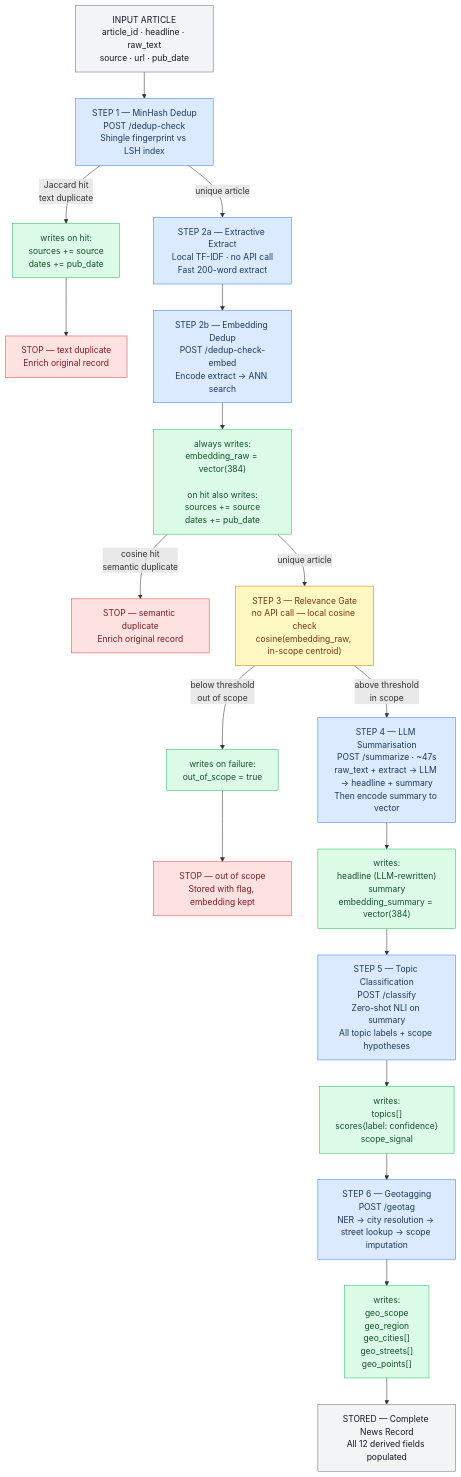
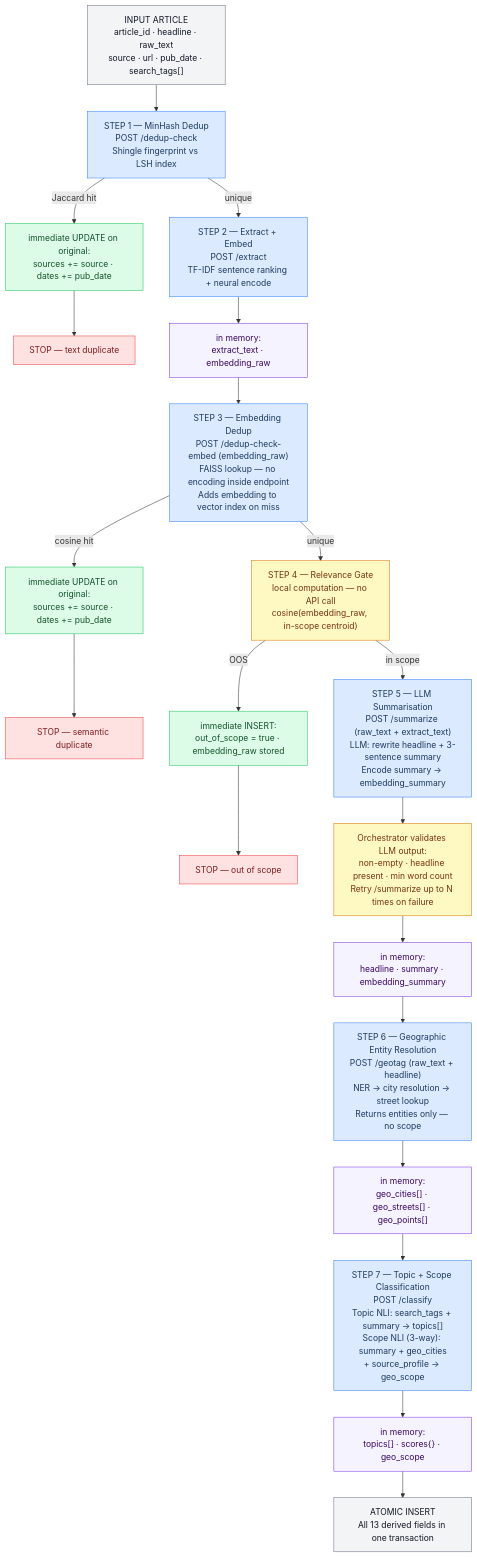
The second of 2 diagrams in SEMINAR_REPORT.md (alvarodelser/nlp_service), drawn with Mermaid before and after one commit. The commit also changed other lines of this file, not shown here.

First line of the commit message:
Refine report: joint scope fusion, geotag-before-classify, centralised encoding

````diff
--- a/SEMINAR_REPORT.md
+++ b/SEMINAR_REPORT.md
@@ -153,43 +169,46 @@
 ```mermaid
 flowchart TD
   classDef step fill:#dbeafe,stroke:#3b82f6,color:#1e3a5f
   classDef writes fill:#dcfce7,stroke:#22c55e,color:#14532d
   classDef stop fill:#fee2e2,stroke:#ef4444,color:#7f1d1d
   classDef gate fill:#fef9c3,stroke:#d97706,color:#78350f
   classDef io fill:#f3f4f6,stroke:#6b7280,color:#111827
+  classDef mem fill:#f5f3ff,stroke:#7c3aed,color:#3b0764
 
-  INPUT["INPUT ARTICLE\narticle_id · headline · raw_text\nsource · url · pub_date"]:::io
+  INPUT["INPUT ARTICLE\narticle_id · headline · raw_text\nsource · url · pub_date · search_tags[]"]:::io
 
   S1["STEP 1 — MinHash Dedup\nPOST /dedup-check\nShingle fingerprint vs LSH index"]:::step
-  W1["writes on hit:\nsources += source\ndates += pub_date"]:::writes
-  STOP1["STOP — text duplicate\nEnrich original record"]:::stop
+  W1["immediate UPDATE on original:\nsources += source · dates += pub_date"]:::writes
+  STOP1["STOP — text duplicate"]:::stop
 
-  S2A["STEP 2a — Extractive Extract\nLocal TF-IDF · no API call\nFast 200-word extract"]:::step
+  S2["STEP 2 — Extract + Embed\nPOST /extract\nTF-IDF sentence ranking + neural encode"]:::step
+  MEM2["in memory:\nextract_text · embedding_raw"]:::mem
 
-  S2B["STEP 2b — Embedding Dedup\nPOST /dedup-check-embed\nEncode extract → ANN search"]:::step
-  W2["always writes:\nembedding_raw = vector(384)\n\non hit also writes:\nsources += source\ndates += pub_date"]:::writes
-  STOP2["STOP — semantic duplicate\nEnrich original record"]:::stop
+  S3["STEP 3 — Embedding Dedup\nPOST /dedup-check-embed (embedding_raw)\nFAISS lookup — no encoding inside endpoint\nAdds embedding to vector index on miss"]:::step
+  W3["immediate UPDATE on original:\nsources += source · dates += pub_date"]:::writes
+  STOP3["STOP — semantic duplicate"]:::stop
 
-  GATE["STEP 3 — Relevance Gate\nno API call — local cosine check\ncosine(embedding_raw, in-scope centroid)"]:::gate
-  W3["writes on failure:\nout_of_scope = true"]:::writes
-  STOP3["STOP — out of scope\nStored with flag, embedding kept"]:::stop
+  GATE["STEP 4 — Relevance Gate\nlocal computation — no API call\ncosine(embedding_raw, in-scope centroid)"]:::gate
+  W4["immediate INSERT:\nout_of_scope = true · embedding_raw stored"]:::writes
+  STOP4["STOP — out of scope"]:::stop
 
-  S4["STEP 4 — LLM Summarisation\nPOST /summarize · ~47s\nraw_text + extract → LLM → headline + summary\nThen encode summary to vector"]:::step
-  W4["writes:\nheadline (LLM-rewritten)\nsummary\nembedding_summary = vector(384)"]:::writes
+  S5["STEP 5 — LLM Summarisation\nPOST /summarize (raw_text + extract_text)\nLLM: rewrite headline + 3-sentence summary\nEncode summary → embedding_summary"]:::step
+  VAL["Orchestrator validates LLM output:\nnon-empty · headline present · min word count\nRetry /summarize up to N times on failure"]:::gate
+  MEM5["in memory:\nheadline · summary · embedding_summary"]:::mem
 
-  S5["STEP 5 — Topic Classification\nPOST /classify\nZero-shot NLI on summary\nAll topic labels + scope hypotheses"]:::step
-  W5["writes:\ntopics[]\nscores{label: confidence}\nscope_signal"]:::writes
+  S6["STEP 6 — Geographic Entity Resolution\nPOST /geotag (raw_text + headline)\nNER → city resolution → street lookup\nReturns entities only — no scope"]:::step
+  MEM6["in memory:\ngeo_cities[] · geo_streets[] · geo_points[]"]:::mem
 
-  S6["STEP 6 — Geotagging\nPOST /geotag\nNER → city resolution → street lookup → scope imputation"]:::step
-  W6["writes:\ngeo_scope\ngeo_region\ngeo_cities[]\ngeo_streets[]\ngeo_points[]"]:::writes
+  S7["STEP 7 — Topic + Scope Classification\nPOST /classify\nTopic NLI: search_tags + summary → topics[]\nScope NLI (3-way): summary + geo_cities\n+ source_profile → geo_scope"]:::step
+  MEM7["in memory:\ntopics[] · scores{} · geo_scope"]:::mem
 
-  DONE["STORED — Complete News Record\nAll 12 derived fields populated"]:::io
+  DONE["ATOMIC INSERT\nAll 13 derived fields in one transaction"]:::io
 
   INPUT --> S1
-  S1 -->|"Jaccard hit\ntext duplicate"| W1 --> STOP1
-  S1 -->|"unique article"| S2A --> S2B --> W2
-  W2 -->|"cosine hit\nsemantic duplicate"| STOP2
-  W2 -->|"unique article"| GATE
-  GATE -->|"below threshold\nout of scope"| W3 --> STOP3
-  GATE -->|"above threshold\nin scope"| S4 --> W4 --> S5 --> W5 --> S6 --> W6 --> DONE
+  S1 -->|"Jaccard hit"| W1 --> STOP1
+  S1 -->|"unique"| S2 --> MEM2 --> S3
+  S3 -->|"cosine hit"| W3 --> STOP3
+  S3 -->|"unique"| GATE
+  GATE -->|"OOS"| W4 --> STOP4
+  GATE -->|"in scope"| S5 --> VAL --> MEM5 --> S6 --> MEM6 --> S7 --> MEM7 --> DONE
 ```
````
